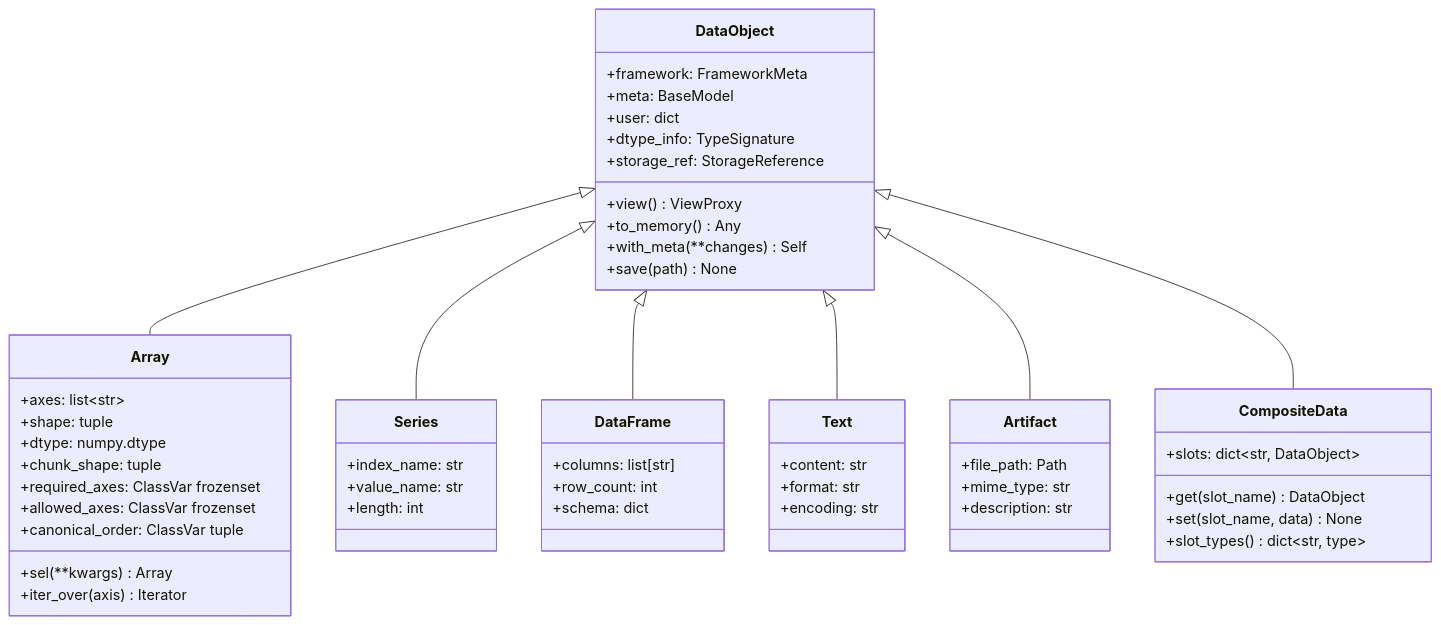
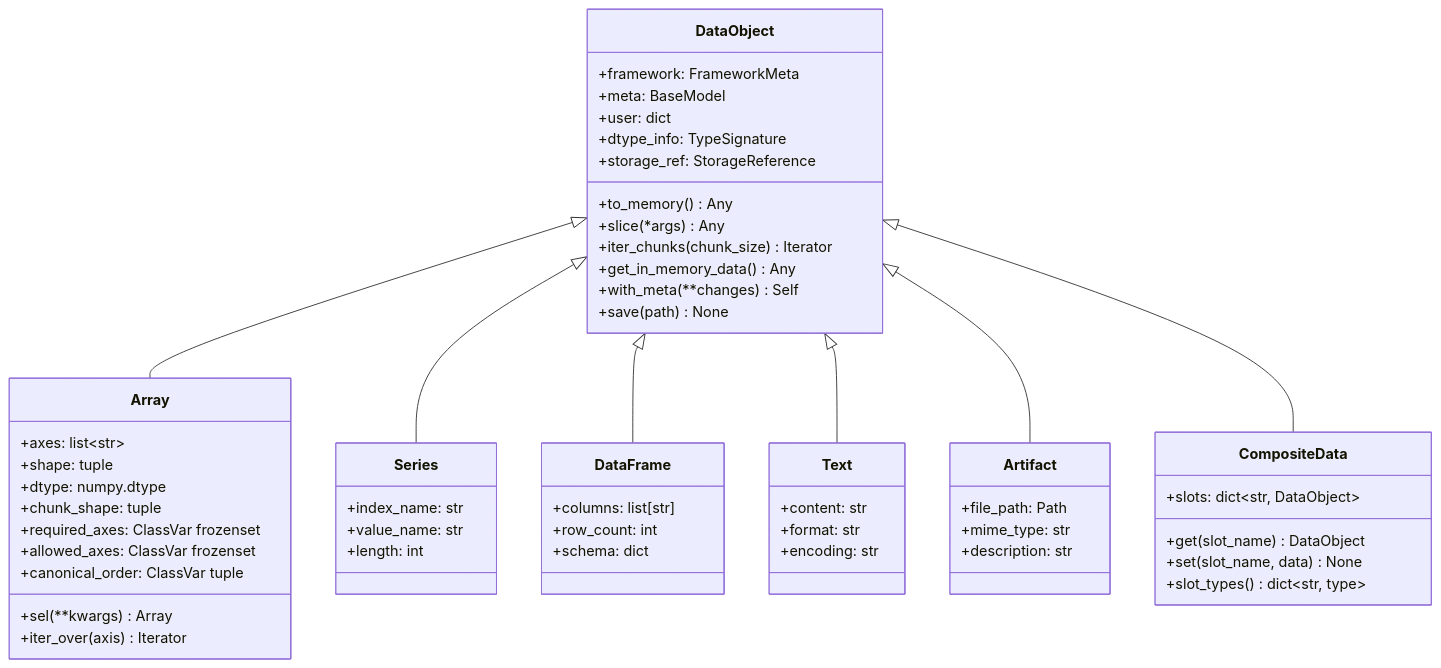
The first of 3 diagrams in docs/architecture/ARCHITECTURE.md (zjzcpj/SciEasy), drawn with Mermaid before and after one commit. The commit also changed other lines of this file and 2 other files, not shown here.

First line of the commit message:
docs(#629): update architecture docs to align with ADR-031 DataObject reference-only contract

````diff
--- a/docs/architecture/ARCHITECTURE.md
+++ b/docs/architecture/ARCHITECTURE.md
@@ -78,64 +78,66 @@
 ```mermaid
 classDiagram
     class DataObject {
         +framework: FrameworkMeta
         +meta: BaseModel
         +user: dict
         +dtype_info: TypeSignature
         +storage_ref: StorageReference
-        +view() ViewProxy
         +to_memory() Any
+        +slice(*args) Any
+        +iter_chunks(chunk_size) Iterator
+        +get_in_memory_data() Any
         +with_meta(**changes) Self
         +save(path) None
     }
 
     class Array {
         +axes: list~str~
         +shape: tuple
         +dtype: numpy.dtype
         +chunk_shape: tuple
         +required_axes: ClassVar frozenset
         +allowed_axes: ClassVar frozenset
         +canonical_order: ClassVar tuple
         +sel(**kwargs) Array
         +iter_over(axis) Iterator
     }
 
     class Series {
         +index_name: str
         +value_name: str
         +length: int
     }
 
     class DataFrame {
         +columns: list[str]
         +row_count: int
         +schema: dict
     }
 
     class Text {
         +content: str
         +format: str
         +encoding: str
     }
 
     class Artifact {
         +file_path: Path
         +mime_type: str
         +description: str
     }
 
     class CompositeData {
         +slots: dict~str, DataObject~
         +get(slot_name) DataObject
         +set(slot_name, data) None
         +slot_types() dict~str, type~
     }
 
     DataObject <|-- Array
     DataObject <|-- Series
     DataObject <|-- DataFrame
     DataObject <|-- Text
     DataObject <|-- Artifact
     DataObject <|-- CompositeData
 ```
````
